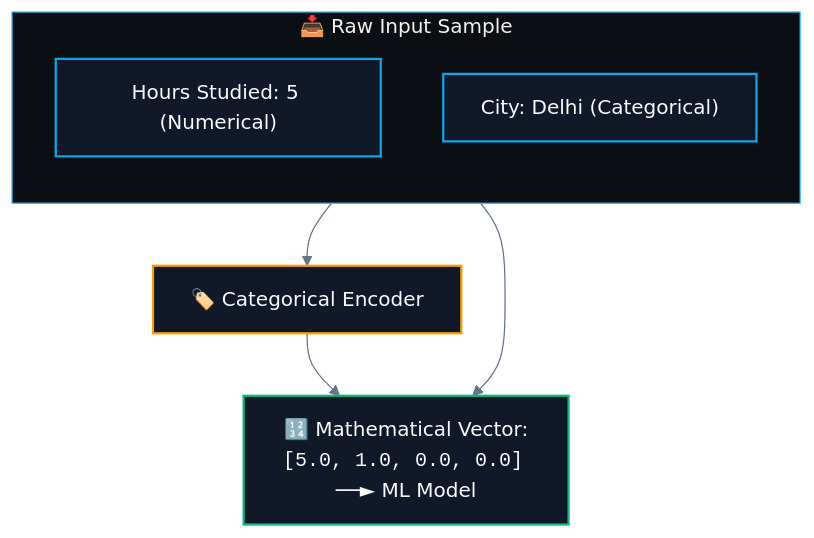
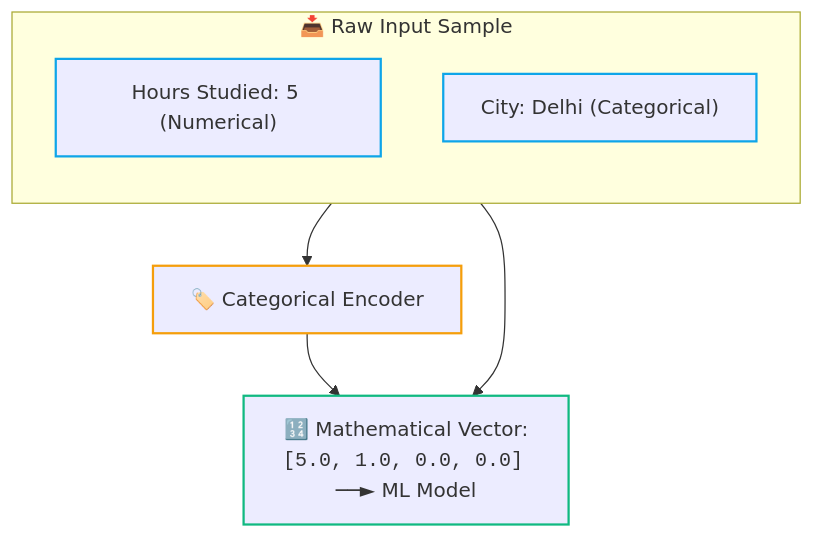
One commit to abhinavbharti2345/CS_Notes changed the first of 4 diagrams in CS/AI & ML/02. Data Preprocessing/02. Categorical Encoding.md. Above: the diagram before and after it, drawn with Mermaid. The commit also changed other lines of this file and 91 other files, not shown here.

````diff
--- a/CS/AI & ML/02. Data Preprocessing/02. Categorical Encoding.md
+++ b/CS/AI & ML/02. Data Preprocessing/02. Categorical Encoding.md
@@ -30,19 +30,18 @@
 ```mermaid
-%%{init: {'theme': 'base', 'themeVariables': { 'darkMode': true, 'background': '#0B0F14', 'mainBkg': '#111827', 'primaryColor': '#111827', 'primaryTextColor': '#F8FAFC', 'primaryBorderColor': '#38BDF8', 'lineColor': '#64748B', 'secondaryColor': '#0B0F14', 'tertiaryColor': '#0B0F14', 'clusterBkg': '#0B0F14', 'clusterBorder': '#38BDF8' }}}%%
 flowchart TD
     subgraph RawData ["📥 Raw Input Sample"]
         direction TD
         F1["Hours Studied: 5 (Numerical)"]
         F2["City: Delhi (Categorical)"]
     end
     
     F1 --> Tensor["🔢 Mathematical Vector:<br/><code>[5.0, 1.0, 0.0, 0.0]</code> ──► ML Model"]
     F2 --> E["🏷️ Categorical Encoder"] --> Tensor
 
-    classDef raw fill:#111827,stroke:#0ea5e9,stroke-width:1.8px,color:#F8FAFC;
-    classDef enc fill:#111827,stroke:#f59e0b,stroke-width:1.8px,color:#F8FAFC;
-    classDef vec fill:#111827,stroke:#10b981,stroke-width:1.8px,color:#F8FAFC;
+    classDef raw stroke:#0ea5e9,stroke-width:1.8px;
+    classDef enc stroke:#f59e0b,stroke-width:1.8px;
+    classDef vec stroke:#10b981,stroke-width:1.8px;
     class F1,F2 raw;
     class E enc;
     class Tensor vec;
 ```
````
